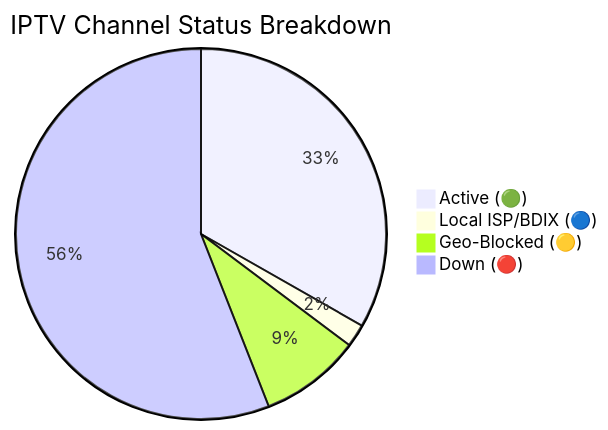
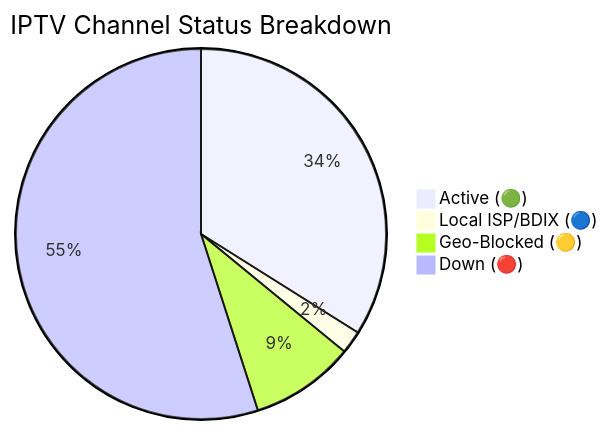
Before and after one commit to andreataylord/Ip-tv-Collection: the diagram in README.md, drawn with Mermaid. The commit also changed other lines of this file and 3 other files, not shown here.

````diff
--- a/README.md
+++ b/README.md
@@ -59,7 +59,7 @@
 ```mermaid
 pie title IPTV Channel Status Breakdown
-    "Active (🟢)" : 2589
-    "Local ISP/BDIX (🔵)" : 155
-    "Geo-Blocked (🟡)" : 686
-    "Down (🔴)" : 4358
+    "Active (🟢)" : 2615
+    "Local ISP/BDIX (🔵)" : 154
+    "Geo-Blocked (🟡)" : 702
+    "Down (🔴)" : 4236
 ```
````
